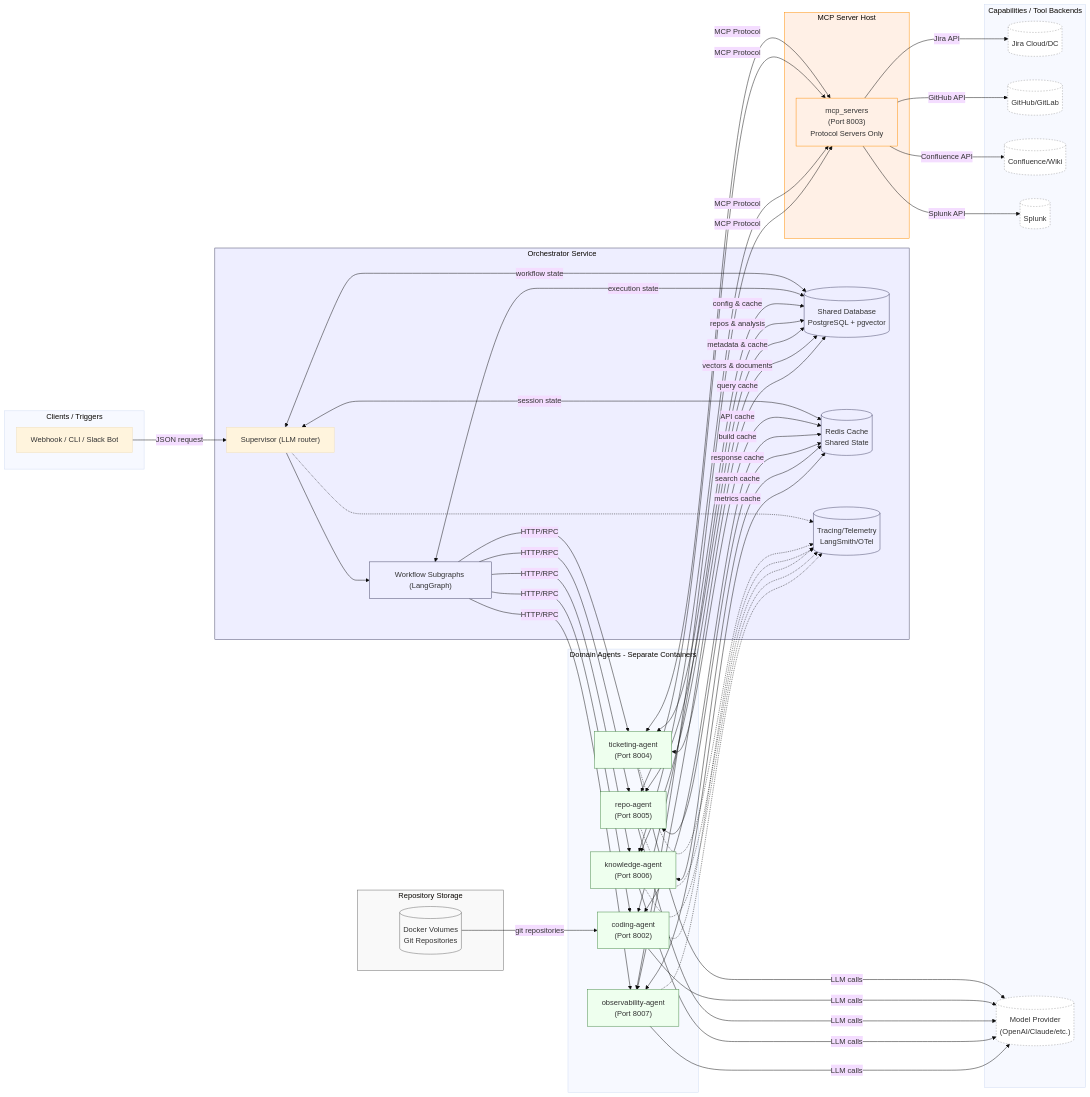
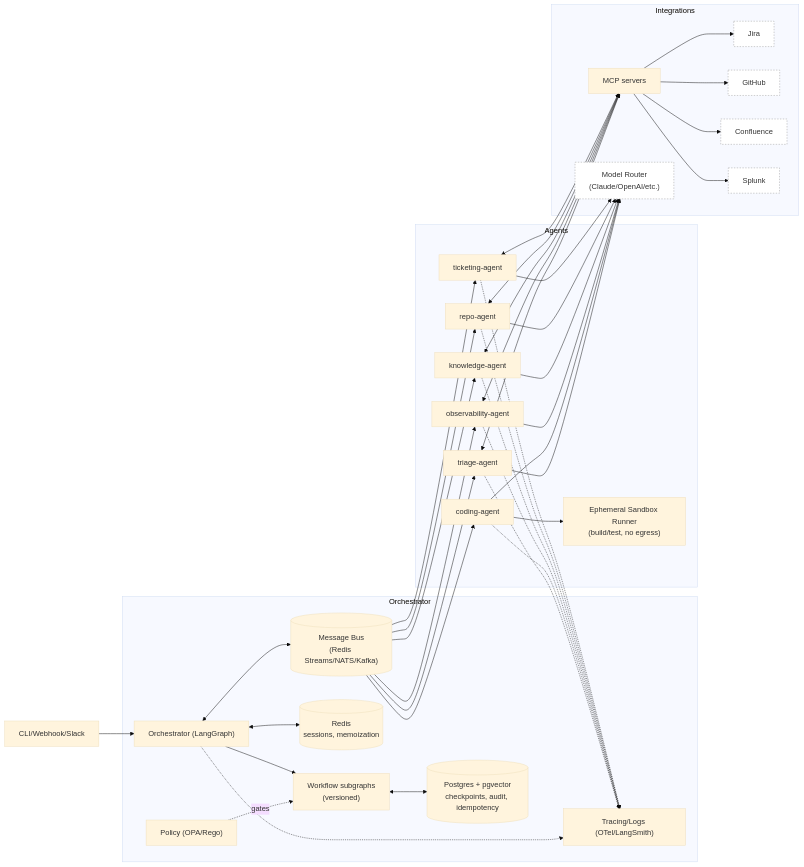
One commit to ddvega/multi_agent_platform changed the diagram in README.md. Above: the diagram before and after it, drawn with Mermaid (base theme). The commit also changed other lines of this file, not shown here.

````diff
--- a/README.md
+++ b/README.md
@@ -26,100 +54,49 @@
 ```mermaid
 flowchart LR
-  subgraph client["Clients / Triggers"]
-    UI["Webhook / CLI / Slack Bot"]
+  subgraph Orchestrator
+    ORCH["Orchestrator (LangGraph)"]
+    WF["Workflow subgraphs\n(versioned)"]
+    CP[("Postgres + pgvector\ncheckpoints, audit, idempotency")]
+    CACHE[("Redis\nsessions, memoization")]
+    BUS[("Message Bus\n(Redis Streams/NATS/Kafka)")]
+    POLICY["Policy (OPA/Rego)"]
+    TRACE["Tracing/Logs (OTel/LangSmith)"]
   end
 
-  subgraph orch["Orchestrator Service"]
-    SUP["Supervisor (LLM router)"]
-    WF["Workflow Subgraphs (LangGraph)"]
-    CP[("Shared Database<br/>PostgreSQL + pgvector")]
-    CACHE[("Redis Cache<br/>Shared State")]
-    TRACE[("Tracing/Telemetry<br/>LangSmith/OTel")]
+  subgraph Agents
+    TKT["ticketing-agent"]
+    REPO["repo-agent"]
+    KNOW["knowledge-agent"]
+    OBS["observability-agent"]
+    CODE["coding-agent"]
+    TRIAGE["triage-agent"]
+    RUNNER["Ephemeral Sandbox Runner\n(build/test, no egress)"]
   end
 
-  subgraph mcp["MCP Server Host"]
-    MCP["mcp_servers<br/>(Port 8003)<br/>Protocol Servers Only"]
+  subgraph Integrations
+    MCP["MCP servers"]
+    JIRA[Jira]:::ext
+    GH[GitHub]:::ext
+    CONF[Confluence]:::ext
+    SPLUNK[Splunk]:::ext
+    LLM["Model Router\n(Claude/OpenAI/etc.)"]:::ext
   end
 
-  subgraph storage["Repository Storage"]
-    REPOS[("Docker Volumes<br/>Git Repositories")]
-  end
+  UI["CLI/Webhook/Slack"] --> ORCH
+  ORCH --> WF
+  WF <--> CP
+  ORCH <--> CACHE
+  ORCH <--> BUS
+  POLICY -. gates .-> WF
+  ORCH -.-> TRACE
 
-  subgraph agents["Domain Agents - Separate Containers"]
-    TKT["ticketing-agent<br/>(Port 8004)"]
-    CODE["coding-agent<br/>(Port 8002)"]
-    REPO["repo-agent<br/>(Port 8005)"]
-    KNOW["knowledge-agent<br/>(Port 8006)"]
-    OBS["observability-agent<br/>(Port 8007)"]
-  end
+  BUS --> TKT & REPO & KNOW & OBS & CODE & TRIAGE
+  TKT & REPO & KNOW & OBS & CODE & TRIAGE -.-> TRACE
+  CODE --> RUNNER
 
-  subgraph caps["Capabilities / Tool Backends"]
-    JIRA[("Jira Cloud/DC")]
-    GH[("GitHub/GitLab")]
-    CONF[("Confluence/Wiki")]
-    SPLUNK[("Splunk")]
-    REG[("Model Provider<br/>(OpenAI/Claude/etc.)")]
-  end
+  TKT & REPO & KNOW & OBS & TRIAGE <--> MCP
+  MCP --> JIRA & GH & CONF & SPLUNK
+  TKT & REPO & KNOW & OBS & CODE & TRIAGE --> LLM
 
-  UI -->|JSON request| SUP
-  SUP --> WF
-  WF -- HTTP/RPC --> TKT
-  WF -- HTTP/RPC --> CODE
-  WF -- HTTP/RPC --> REPO
-  WF -- HTTP/RPC --> KNOW
-  WF -- HTTP/RPC --> OBS
-
-  %% MCP connections
-  TKT <-->|MCP Protocol| MCP
-  REPO <-->|MCP Protocol| MCP
-  KNOW <-->|MCP Protocol| MCP
-  OBS <-->|MCP Protocol| MCP
-
-  %% State & tracing
-  SUP <-->|workflow state| CP
-  WF <-->|execution state| CP
-  TKT <-->|config & cache| CP
-  CODE <-->|repos & analysis| CP
-  REPO <-->|metadata & cache| CP
-  KNOW <-->|vectors & documents| CP
-  OBS <-->|query cache| CP
-  SUP <-->|session state| CACHE
-  TKT <-->|API cache| CACHE
-  CODE <-->|build cache| CACHE
-  REPO <-->|response cache| CACHE
-  KNOW <-->|search cache| CACHE
-  OBS <-->|metrics cache| CACHE
-  SUP -.-> TRACE
-  TKT -.-> TRACE
-  CODE -.-> TRACE
-  REPO -.-> TRACE
-  KNOW -.-> TRACE
-  OBS -.-> TRACE
-
-  %% Repository storage (only coding agent)
-  REPOS -->|git repositories| CODE
-
-  %% Tools/Secrets boundaries (through MCP servers)
-  MCP -->|Jira API| JIRA
-  MCP -->|GitHub API| GH
-  MCP -->|Confluence API| CONF
-  MCP -->|Splunk API| SPLUNK
-  
-  %% LLM access for all agents
-  TKT -->|LLM calls| REG
-  CODE -->|LLM calls| REG
-  REPO -->|LLM calls| REG
-  KNOW -->|LLM calls| REG
-  OBS -->|LLM calls| REG
-
-  classDef svc fill:#eef,stroke:#446;
-  classDef agent fill:#efe,stroke:#484;
   classDef ext fill:#fff,stroke:#999,stroke-dasharray:3 3;
-  classDef storage fill:#f9f9f9,stroke:#666;
-  classDef mcp fill:#fff0e6,stroke:#ff8c00;
-  class orch,WF,CP,CACHE,TRACE svc;
-  class TKT,CODE,REPO,KNOW,OBS agent;
-  class JIRA,GH,CONF,SPLUNK,REG ext;
-  class storage,REPOS storage;
-  class mcp,MCP mcp;
 ```
````
